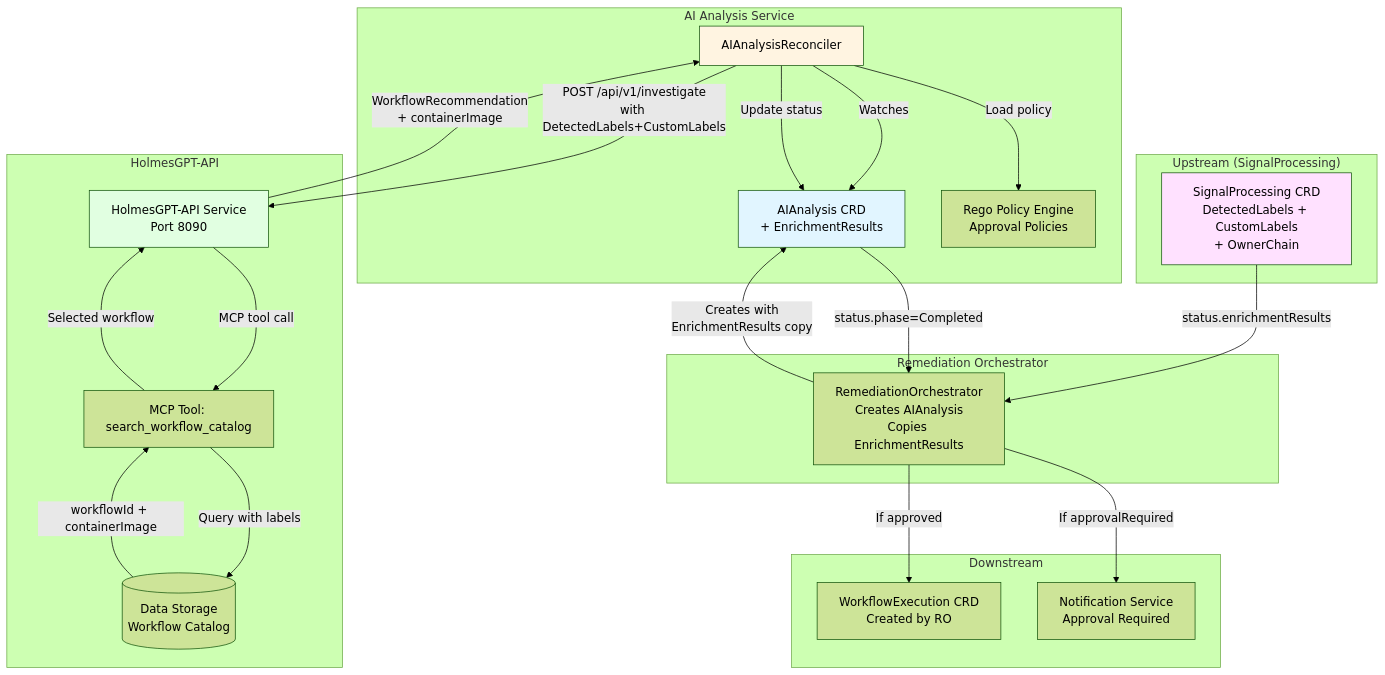
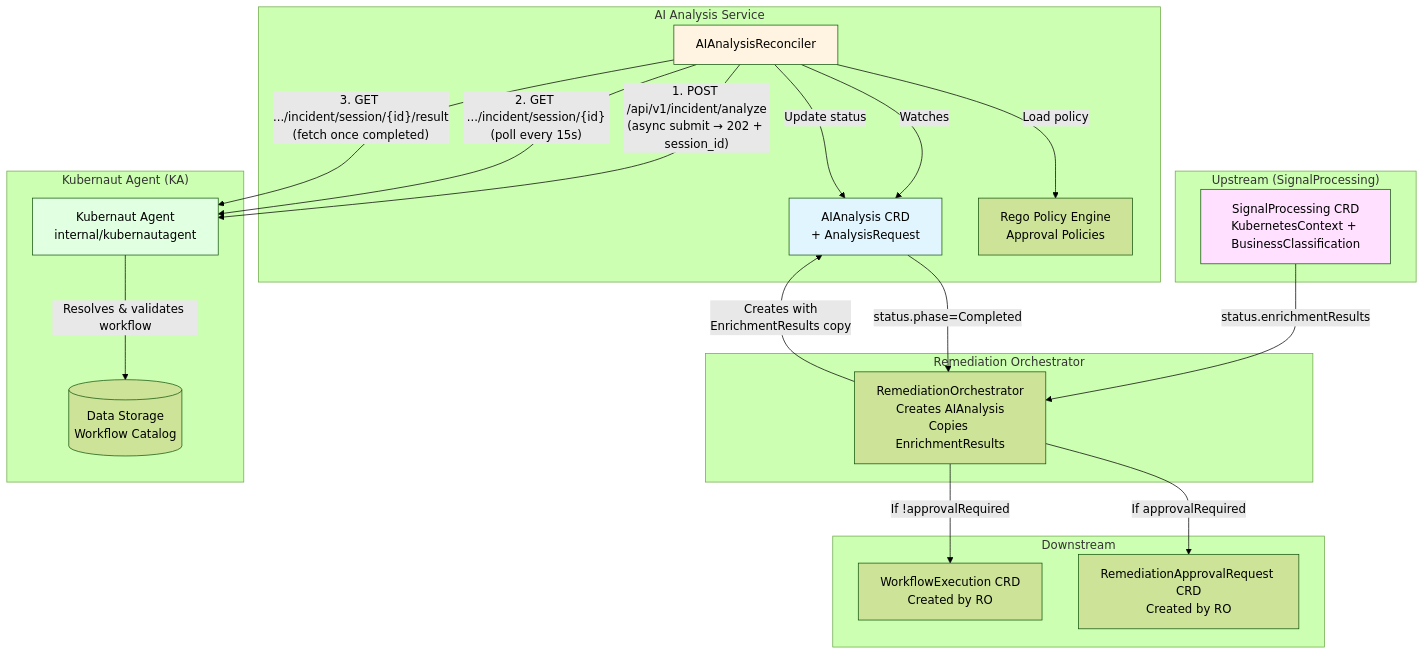
Before and after one commit to jordigilh/kubernaut: the diagram in docs/services/crd-controllers/02-aianalysis/overview.md, drawn with Mermaid (forest theme). The commit also changed other lines of this file and 14 other files, not shown here.

````diff
--- a/docs/services/crd-controllers/02-aianalysis/overview.md
+++ b/docs/services/crd-controllers/02-aianalysis/overview.md
@@ -57,47 +57,44 @@
 ```mermaid
 graph TB
     subgraph "AI Analysis Service"
-        AIA[AIAnalysis CRD<br/>+ EnrichmentResults]
+        AIA[AIAnalysis CRD<br/>+ AnalysisRequest]
         Controller[AIAnalysisReconciler]
         RegoEngine[Rego Policy Engine<br/>Approval Policies]
     end
 
     subgraph "Upstream (SignalProcessing)"
-        SP[SignalProcessing CRD<br/>DetectedLabels + CustomLabels<br/>+ OwnerChain]
+        SP[SignalProcessing CRD<br/>KubernetesContext + BusinessClassification]
     end
 
     subgraph "Remediation Orchestrator"
         RO[RemediationOrchestrator<br/>Creates AIAnalysis<br/>Copies EnrichmentResults]
     end
 
-    subgraph "HolmesGPT-API"
-        HAPI[HolmesGPT-API Service<br/>Port 8090]
-        MCP[MCP Tool: search_workflow_catalog]
+    subgraph "Kubernaut Agent (KA)"
+        KA[Kubernaut Agent<br/>internal/kubernautagent]
         DataStorage[(Data Storage<br/>Workflow Catalog)]
     end
 
     subgraph "Downstream"
         WE[WorkflowExecution CRD<br/>Created by RO]
-        Notification[Notification Service<br/>Approval Required]
+        ARQ[RemediationApprovalRequest CRD<br/>Created by RO]
     end
 
     SP -->|"status.enrichmentResults"| RO
     RO -->|"Creates with<br/>EnrichmentResults copy"| AIA
     Controller -->|Watches| AIA
-    Controller -->|"POST /api/v1/investigate<br/>with DetectedLabels+CustomLabels"| HAPI
-    HAPI -->|"MCP tool call"| MCP
-    MCP -->|"Query with labels"| DataStorage
-    DataStorage -->|"workflowId + containerImage"| MCP
-    MCP -->|"Selected workflow"| HAPI
-    HAPI -->|"WorkflowRecommendation<br/>+ containerImage"| Controller
+    Controller -->|"1. POST /api/v1/incident/analyze<br/>(async submit → 202 + session_id)"| KA
+    Controller -->|"2. GET .../incident/session/{id}<br/>(poll every 15s)"| KA
+    Controller -->|"3. GET .../incident/session/{id}/result<br/>(fetch once completed)"| KA
+    KA -->|"Resolves & validates workflow"| DataStorage
     Controller -->|"Load policy"| RegoEngine
     Controller -->|"Update status"| AIA
     AIA -->|"status.phase=Completed"| RO
-    RO -->|"If approved"| WE
-    RO -->|"If approvalRequired"| Notification
+    RO -->|"If !approvalRequired"| WE
+    RO -->|"If approvalRequired"| ARQ
 
     style AIA fill:#e1f5ff
     style Controller fill:#fff4e1
     style SP fill:#ffe1ff
-    style HAPI fill:#e1ffe1
+    style KA fill:#e1ffe1
 ```
````
